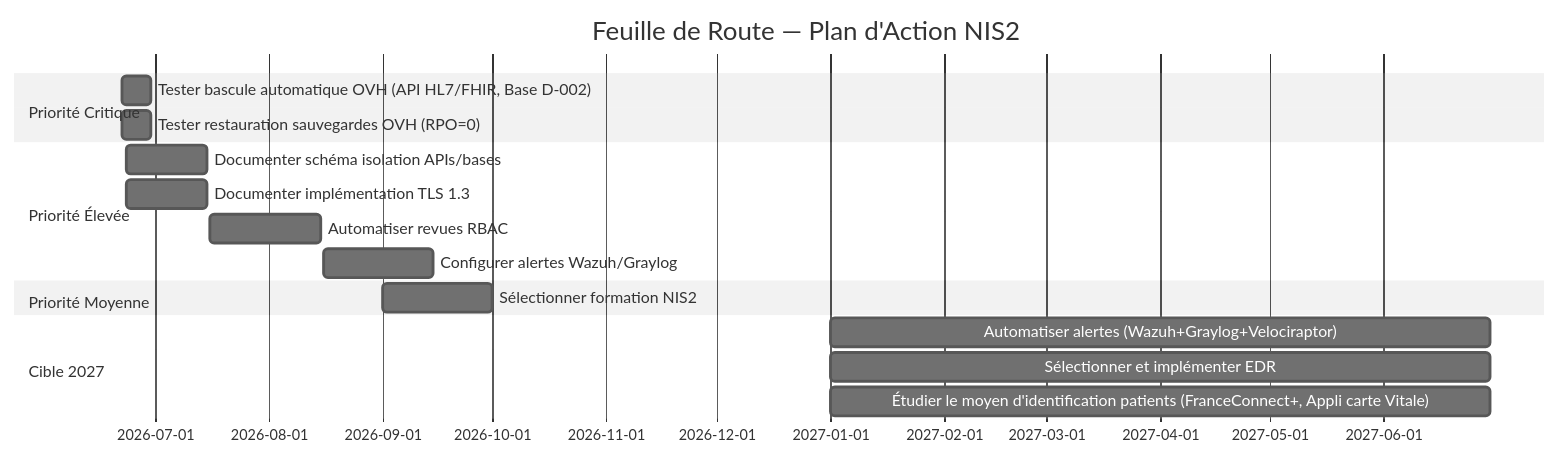
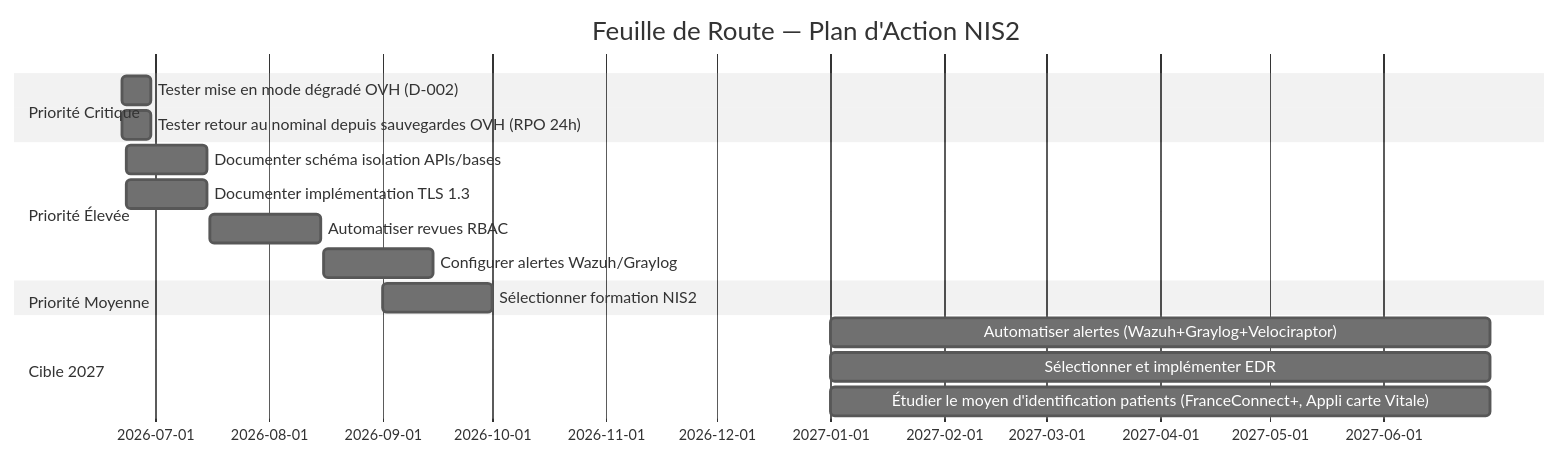
The diagram in semaine-4-nis2/plan_action_nis2.md (solenefig-lab/grc-pme-fictive), drawn with Mermaid (neutral theme) before and after one commit. The commit also changed other lines of this file and 7 other files, not shown here.

Commit message:
docs(S4): définit l'indisponibilité et le mode dégradé lecture seule (D-002)

````diff
--- a/semaine-4-nis2/plan_action_nis2.md
+++ b/semaine-4-nis2/plan_action_nis2.md
@@ -157,19 +157,19 @@
 ```mermaid
 gantt
     title Feuille de Route — Plan d'Action NIS2
     dateFormat  YYYY-MM-DD
     section Priorité Critique
-    Tester bascule automatique OVH (API HL7/FHIR, Base D-002) :a1, 2026-06-22, 8d
-    Tester restauration sauvegardes OVH (RPO=0) :a2, 2026-06-22, 8d
+    Tester mise en mode dégradé OVH (D-002) :a1, 2026-06-22, 8d
+    Tester retour au nominal depuis sauvegardes OVH (RPO 24h) :a2, 2026-06-22, 8d
     section Priorité Élevée
     Documenter schéma isolation APIs/bases :b1, 2026-06-23, 22d
     Documenter implémentation TLS 1.3 :b2, 2026-06-23, 22d
     Automatiser revues RBAC :b3, 2026-07-16, 30d
     Configurer alertes Wazuh/Graylog :b4, 2026-08-16, 30d
     section Priorité Moyenne
     Sélectionner formation NIS2 :c1, 2026-09-01, 30d
     section Cible 2027
     Automatiser alertes (Wazuh+Graylog+Velociraptor) :d1, 2027-01-01, 180d
     Sélectionner et implémenter EDR :d2, 2027-01-01, 180d
     Étudier le moyen d'identification patients (FranceConnect+, Appli carte Vitale) :d3, 2027-01-01, 180d
 ```
````
